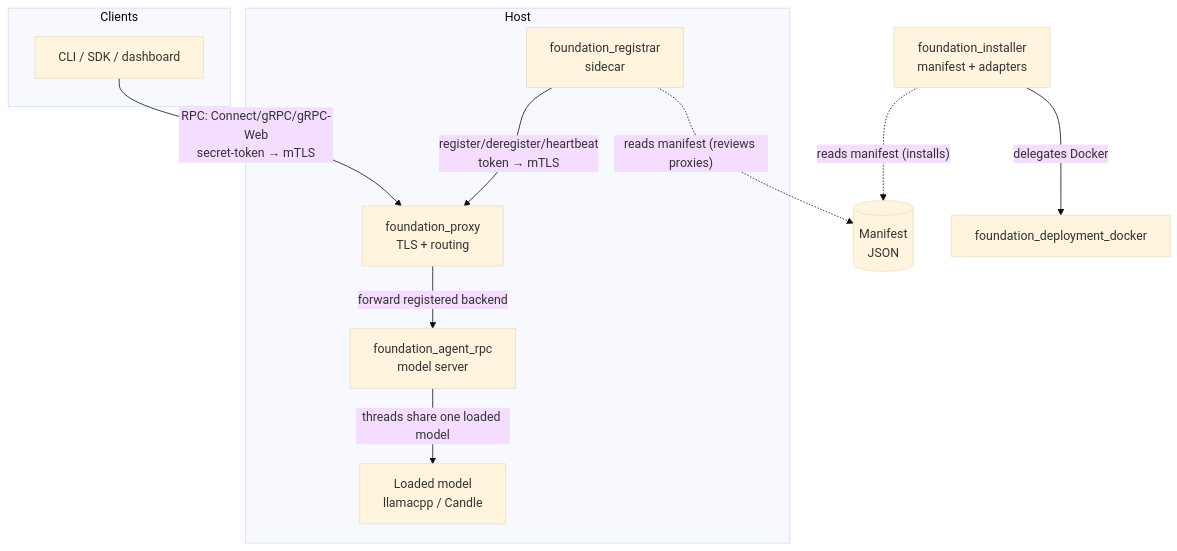
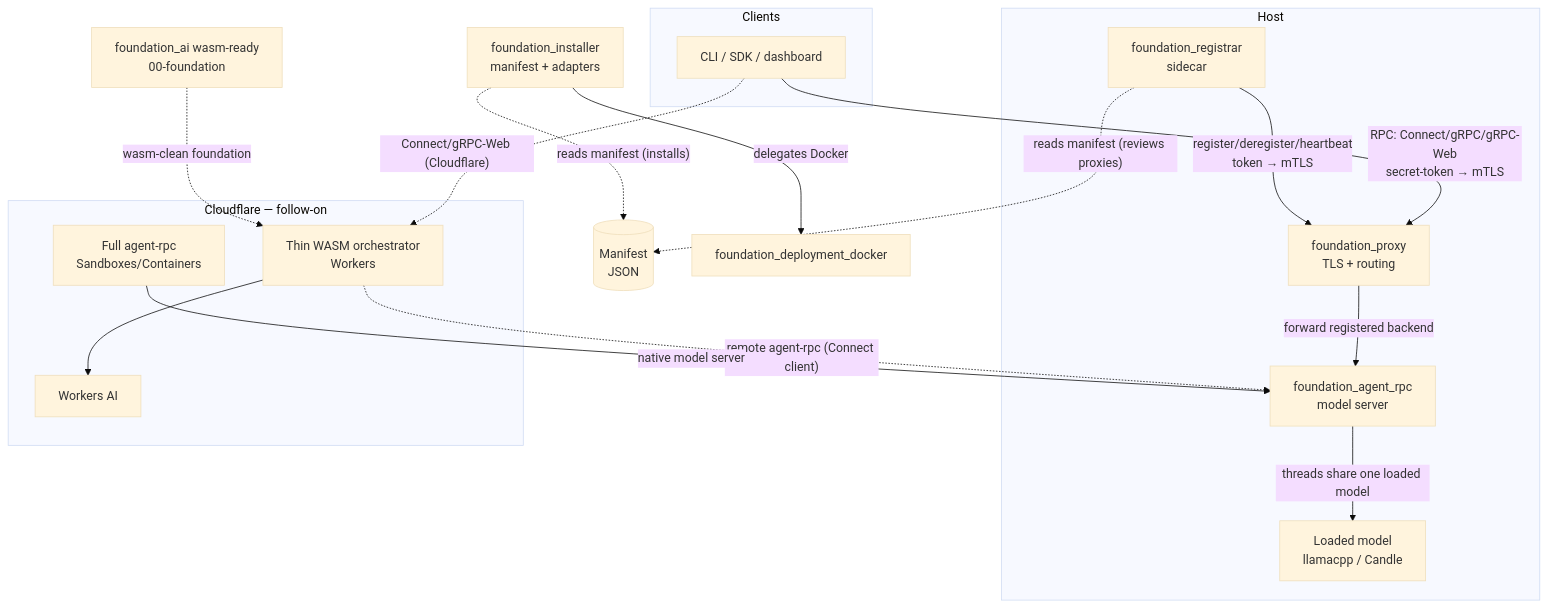
The diagram in specifications/65-agent-rpc-serving-system/requirements.md (ewe-studios/ewe_platform), drawn with Mermaid (base theme) before and after one commit. The commit also changed other lines of this file and 14 other files, not shown here.

First line of the commit message:
docs(spec): re-scope 65 — wasm/cf-workers foundation before agent-rpc

````diff
--- a/specifications/65-agent-rpc-serving-system/requirements.md
+++ b/specifications/65-agent-rpc-serving-system/requirements.md
@@ -196,24 +232,37 @@
 ```mermaid
 graph TD
     subgraph Clients
         CLI[CLI / SDK / dashboard]
     end
 
     subgraph Host
         PROXY[foundation_proxy<br/>TLS + routing]
         REG[foundation_registrar<br/>sidecar]
         ARPC[foundation_agent_rpc<br/>model server]
         MODEL[Loaded model<br/>llamacpp / Candle]
     end
 
+    subgraph Edge[Cloudflare — follow-on]
+        WORCH[Thin WASM orchestrator<br/>Workers]
+        SB[Full agent-rpc<br/>Sandboxes/Containers]
+        WAI[Workers AI]
+    end
+
     INST[foundation_installer<br/>manifest + adapters]
     MANIFEST[(Manifest<br/>JSON)]
+    FOUND[foundation_ai wasm-ready<br/>00-foundation]
 
     CLI -->|"RPC: Connect/gRPC/gRPC-Web<br/>secret-token → mTLS"| PROXY
     PROXY -->|"forward registered backend"| ARPC
     ARPC -->|"threads share one loaded model"| MODEL
     REG -->|"register/deregister/heartbeat<br/>token → mTLS"| PROXY
     REG -.->|"reads manifest (reviews proxies)"| MANIFEST
     INST -.->|"reads manifest (installs)"| MANIFEST
     INST -->|"delegates Docker"| DOCKER[foundation_deployment_docker]
+
+    CLI -.->|"Connect/gRPC-Web (Cloudflare)"| WORCH
+    WORCH --> WAI
+    WORCH -.->|"remote agent-rpc (Connect client)"| ARPC
+    SB -->|"native model server"| ARPC
+    FOUND -.->|"wasm-clean foundation"| WORCH
 ```
````
